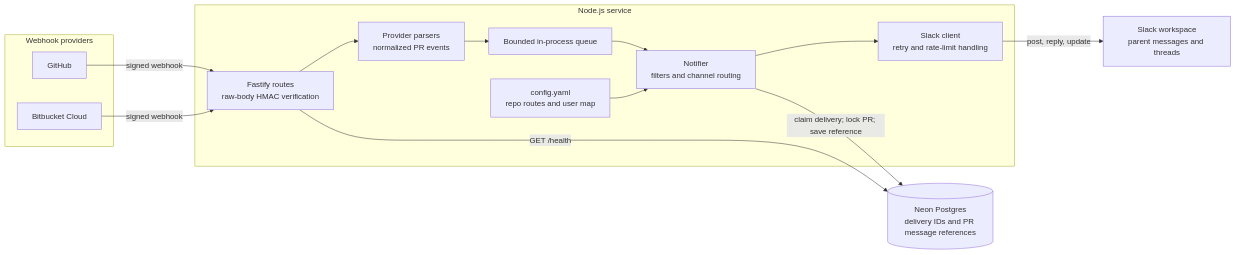
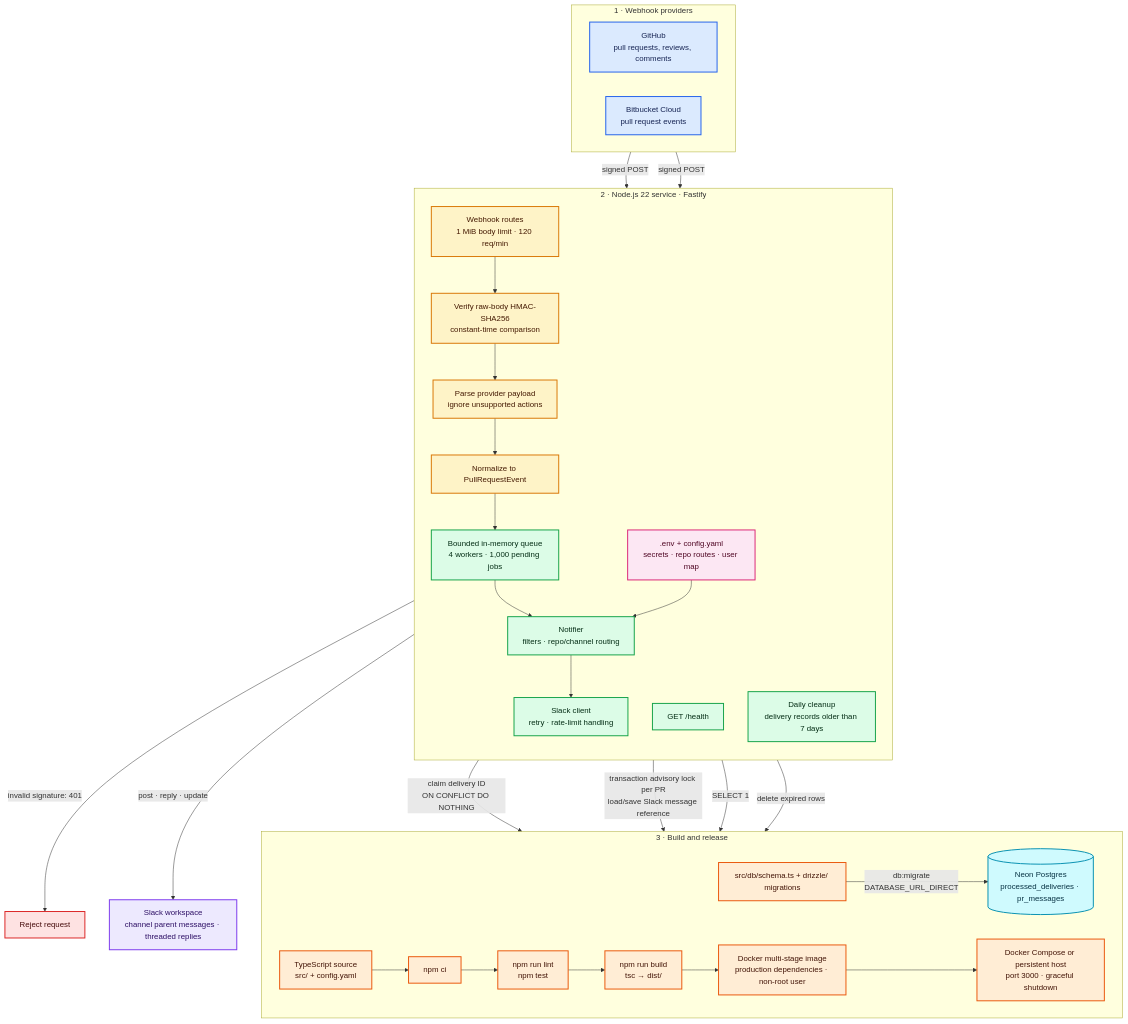
Before and after one commit to aamirbohra72/Automate-GITHUB-BITBUCKET-SLACK-PR-REVIEW: the diagram in README.md, drawn with Mermaid. The commit also changed other lines of this file, not shown here.

Commit message:
docs: expand architecture and build guide

````diff
--- a/README.md
+++ b/README.md
@@ -7,26 +7,62 @@
 ```mermaid
-flowchart LR
-    subgraph Providers[Webhook providers]
-        GitHub[GitHub]
-        Bitbucket[Bitbucket Cloud]
+flowchart TB
+    subgraph Providers["1 · Webhook providers"]
+        direction LR
+        GitHub["GitHub<br/>pull requests, reviews, comments"]
+        Bitbucket["Bitbucket Cloud<br/>pull request events"]
     end
 
-    subgraph Service[Node.js service]
-        Fastify[Fastify routes<br/>raw-body HMAC verification]
-        Parsers[Provider parsers<br/>normalized PR events]
-        Queue[Bounded in-process queue]
-        Notifier[Notifier<br/>filters and channel routing]
-        SlackClient[Slack client<br/>retry and rate-limit handling]
-        Config[config.yaml<br/>repo routes and user map]
-        Fastify --> Parsers --> Queue --> Notifier --> SlackClient
-        Config --> Notifier
+    subgraph Service["2 · Node.js 22 service · Fastify"]
+        direction TB
+        Routes["Webhook routes<br/>1 MiB body limit · 120 req/min"]
+        Verify["Verify raw-body HMAC-SHA256<br/>constant-time comparison"]
+        Parse["Parse provider payload<br/>ignore unsupported actions"]
+        Normalize["Normalize to PullRequestEvent"]
+        Queue["Bounded in-memory queue<br/>4 workers · 1,000 pending jobs"]
+        Notify["Notifier<br/>filters · repo/channel routing"]
+        SlackClient["Slack client<br/>retry · rate-limit handling"]
+        Config[".env + config.yaml<br/>secrets · repo routes · user map"]
+        Health["GET /health"]
+        Cleanup["Daily cleanup<br/>delivery records older than 7 days"]
+        Routes --> Verify --> Parse --> Normalize --> Queue --> Notify --> SlackClient
+        Config --> Notify
     end
 
-    Database[(Neon Postgres<br/>delivery IDs and PR message references)]
-    Slack[Slack workspace<br/>parent messages and threads]
-    GitHub -->|signed webhook| Fastify
-    Bitbucket -->|signed webhook| Fastify
-    Notifier -->|claim delivery; lock PR; save reference| Database
-    SlackClient -->|post, reply, update| Slack
-    Fastify -->|GET /health| Database
+    Database[("Neon Postgres<br/>processed_deliveries · pr_messages")]
+    Slack["Slack workspace<br/>channel parent messages · threaded replies"]
+    GitHub -->|signed POST| Routes
+    Bitbucket -->|signed POST| Routes
+    Verify -->|invalid signature: 401| Reject["Reject request"]
+    Notify -->|claim delivery ID<br/>ON CONFLICT DO NOTHING| Database
+    Notify -->|transaction advisory lock per PR<br/>load/save Slack message reference| Database
+    SlackClient -->|post · reply · update| Slack
+    Health -->|SELECT 1| Database
+    Cleanup -->|delete expired rows| Database
+
+    subgraph Build["3 · Build and release"]
+        direction LR
+        Source["TypeScript source<br/>src/ + config.yaml"] --> Install["npm ci"]
+        Install --> Checks["npm run lint<br/>npm test"]
+        Checks --> Compile["npm run build<br/>tsc → dist/"]
+        Compile --> Image["Docker multi-stage image<br/>production dependencies · non-root user"]
+        Image --> Run["Docker Compose or persistent host<br/>port 3000 · graceful shutdown"]
+        Schema["src/db/schema.ts + drizzle/ migrations"] -->|db:migrate<br/>DATABASE_URL_DIRECT| Database
+    end
+
+    classDef provider fill:#dbeafe,stroke:#2563eb,color:#172554,stroke-width:2px
+    classDef ingress fill:#fef3c7,stroke:#d97706,color:#451a03,stroke-width:2px
+    classDef worker fill:#dcfce7,stroke:#16a34a,color:#052e16,stroke-width:2px
+    classDef config fill:#fce7f3,stroke:#db2777,color:#500724,stroke-width:2px
+    classDef data fill:#cffafe,stroke:#0891b2,color:#083344,stroke-width:2px
+    classDef external fill:#ede9fe,stroke:#7c3aed,color:#2e1065,stroke-width:2px
+    classDef build fill:#ffedd5,stroke:#ea580c,color:#431407,stroke-width:2px
+    classDef reject fill:#fee2e2,stroke:#dc2626,color:#450a0a,stroke-width:2px
+    class GitHub,Bitbucket provider
+    class Routes,Verify,Parse,Normalize ingress
+    class Queue,Notify,SlackClient,Health,Cleanup worker
+    class Config config
+    class Database data
+    class Slack external
+    class Source,Install,Checks,Compile,Image,Run,Schema build
+    class Reject reject
 ```
````
